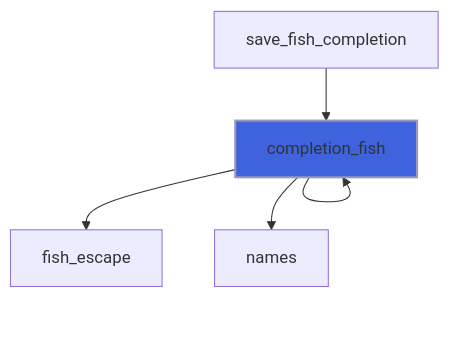
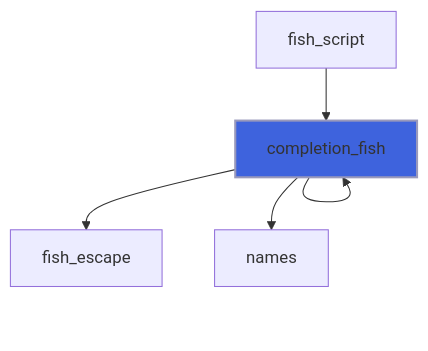
Before and after one commit to szaghi/FLAP: diagram 21 of 39 in docs/api/src/lib/flap_command_line_arguments_group_t.md, drawn with Mermaid. The commit also changed other lines of this file and 15 other files, not shown here.

````diff
--- a/docs/api/src/lib/flap_command_line_arguments_group_t.md
+++ b/docs/api/src/lib/flap_command_line_arguments_group_t.md
@@ -858,9 +860,9 @@
 ```mermaid
 flowchart TD
   completion_fish["completion_fish"] --> completion_fish["completion_fish"]
-  save_fish_completion["save_fish_completion"] --> completion_fish["completion_fish"]
+  fish_script["fish_script"] --> completion_fish["completion_fish"]
   completion_fish["completion_fish"] --> completion_fish["completion_fish"]
   completion_fish["completion_fish"] --> fish_escape["fish_escape"]
   completion_fish["completion_fish"] --> names["names"]
   style completion_fish fill:#3e63dd,stroke:#99b,stroke-width:2px
 ```
````
